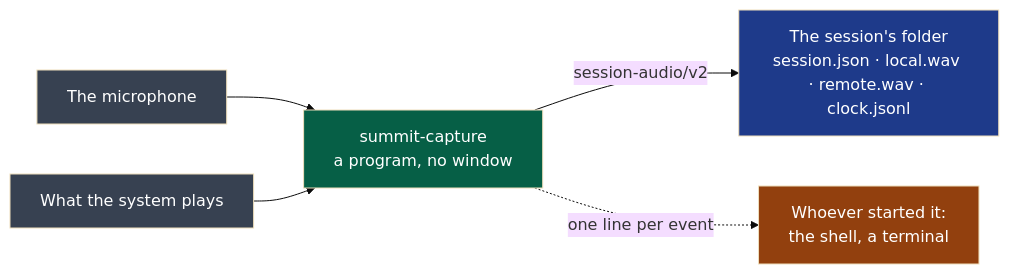
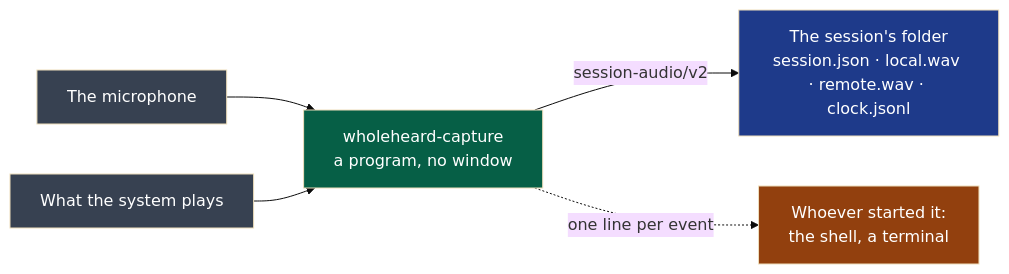
One commit to NapkinStack/wholeheard changed the diagram in modules/capture/README.md. Above: the diagram before and after it, drawn with Mermaid (base theme). The commit also changed other lines of this file and 11 other files, not shown here.

First line of the commit message:
D28 — capture: wholeheard-capture

````diff
--- a/modules/capture/README.md
+++ b/modules/capture/README.md
@@ -9,12 +9,12 @@
 ```mermaid
 flowchart LR
-    M["The microphone"]:::src --> P["summit-capture<br/>a program, no window"]:::mod
+    M["The microphone"]:::src --> P["wholeheard-capture<br/>a program, no window"]:::mod
     O["What the system plays"]:::src --> P
     P -->|"session-audio/v2"| F["The session's folder<br/>session.json · local.wav · remote.wav · clock.jsonl"]:::file
     P -.->|"one line per event"| W["Whoever started it:<br/>the shell, a terminal"]:::user
 
     classDef src fill:#374151,color:#fff
     classDef mod fill:#065f46,color:#fff
     classDef file fill:#1e3a8a,color:#fff
     classDef user fill:#92400e,color:#fff
 ```
````
